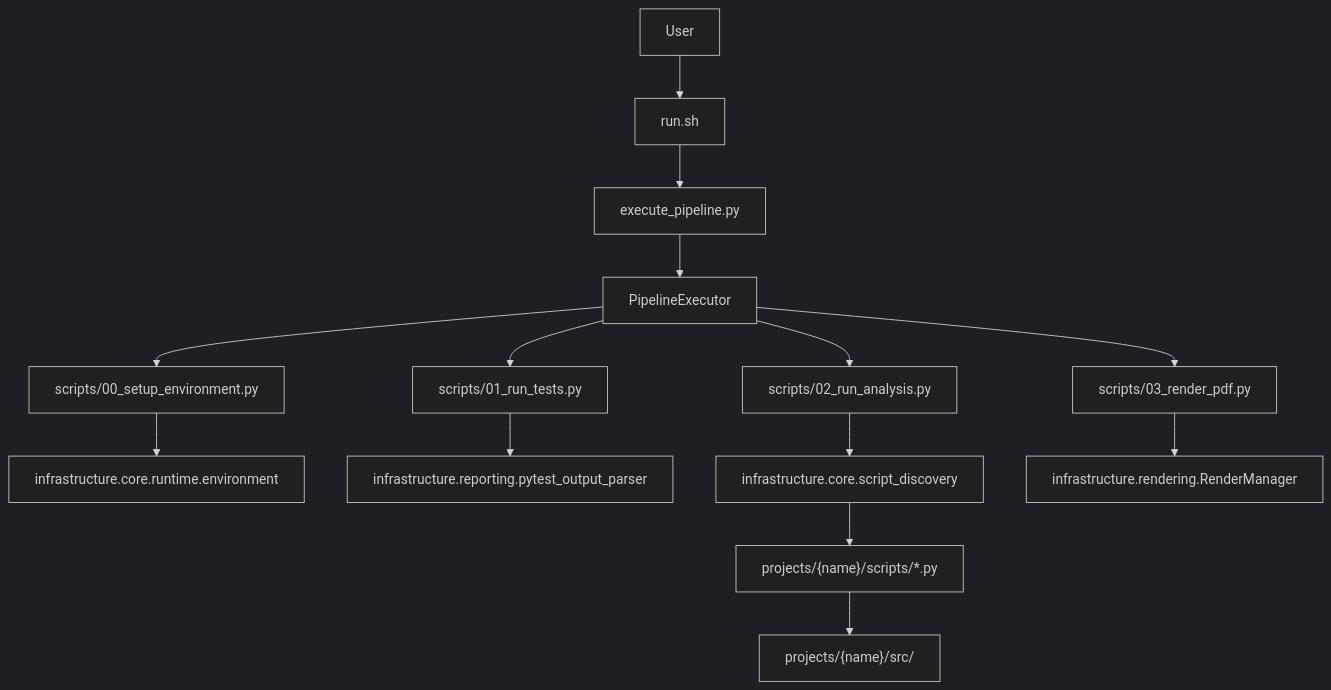
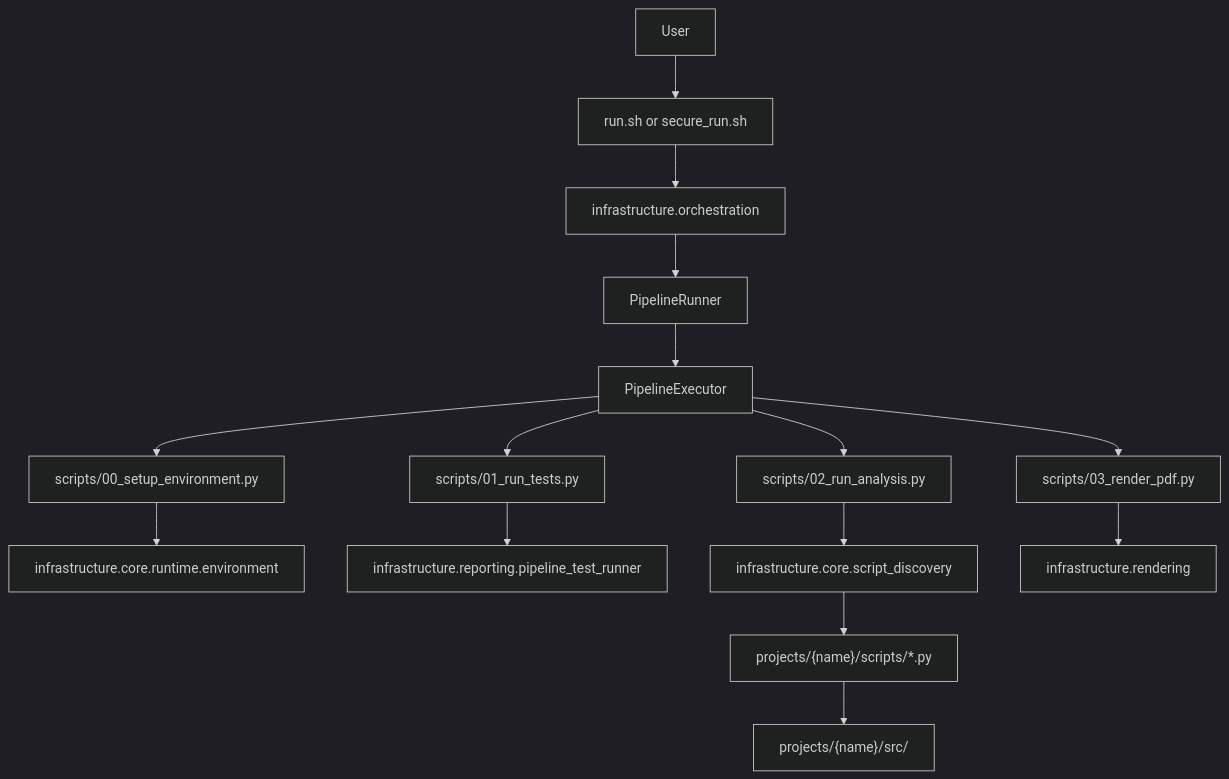
The second of 2 diagrams in docs/RUN_GUIDE.md (docxology/template), drawn with Mermaid (dark theme) before and after one commit. The commit also changed other lines of this file and 488 other files, not shown here.

````diff
--- a/docs/RUN_GUIDE.md
+++ b/docs/RUN_GUIDE.md
@@ -56,18 +57,19 @@
 ```mermaid
 graph TD
-    A[User] --> B[run.sh]
-    B --> C[execute_pipeline.py]
-    C --> D[PipelineExecutor]
-    D --> E[scripts/00_setup_environment.py]
-    D --> F[scripts/01_run_tests.py]
-    D --> G[scripts/02_run_analysis.py]
-    D --> H[scripts/03_render_pdf.py]
+    A[User] --> B[run.sh or secure_run.sh]
+    B --> C[infrastructure.orchestration]
+    C --> D[PipelineRunner]
+    D --> E[PipelineExecutor]
+    E --> F[scripts/00_setup_environment.py]
+    E --> G[scripts/01_run_tests.py]
+    E --> H[scripts/02_run_analysis.py]
+    E --> I[scripts/03_render_pdf.py]
 
-    E --> I[infrastructure.core.runtime.environment]
-    F --> J[infrastructure.reporting.pytest_output_parser]
-    G --> K[infrastructure.core.script_discovery]
-    H --> L[infrastructure.rendering.RenderManager]
+    F --> J[infrastructure.core.runtime.environment]
+    G --> K[infrastructure.reporting.pipeline_test_runner]
+    H --> L[infrastructure.core.script_discovery]
+    I --> M[infrastructure.rendering]
 
-    K --> M["projects/{name}/scripts/*.py"]
-    M --> N["projects/{name}/src/"]
+    L --> N["projects/{name}/scripts/*.py"]
+    N --> O["projects/{name}/src/"]
 ```
````
